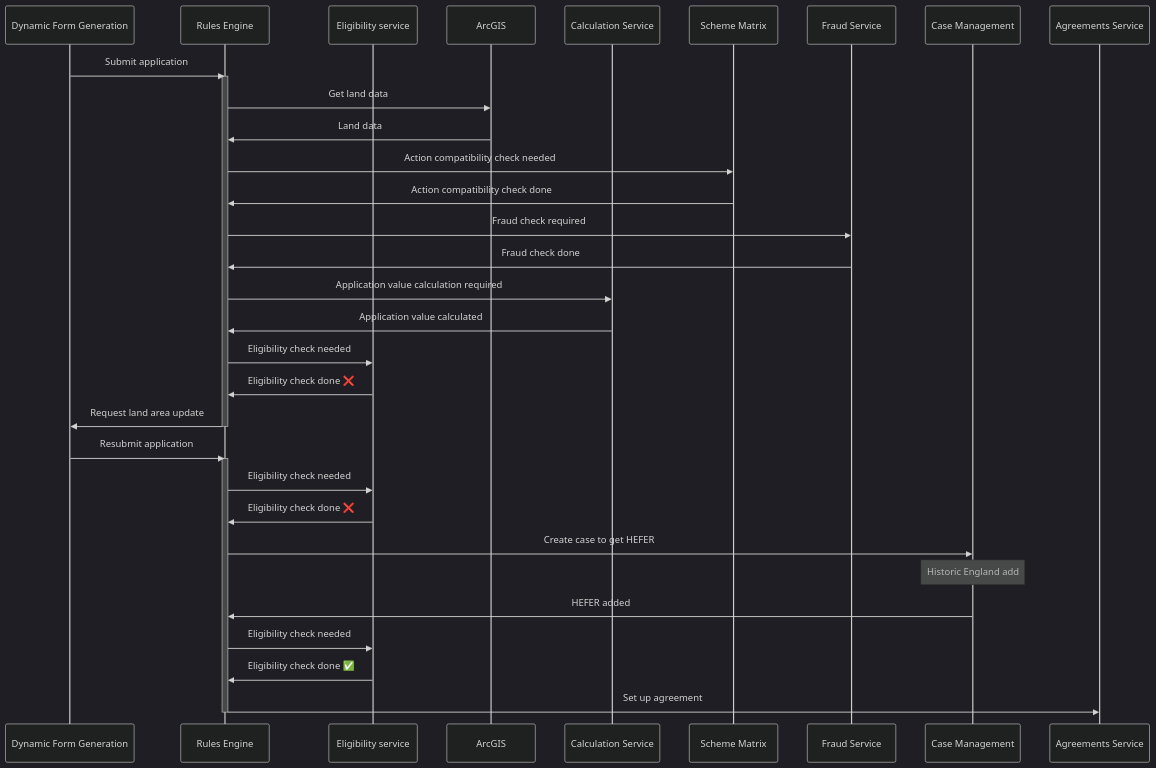
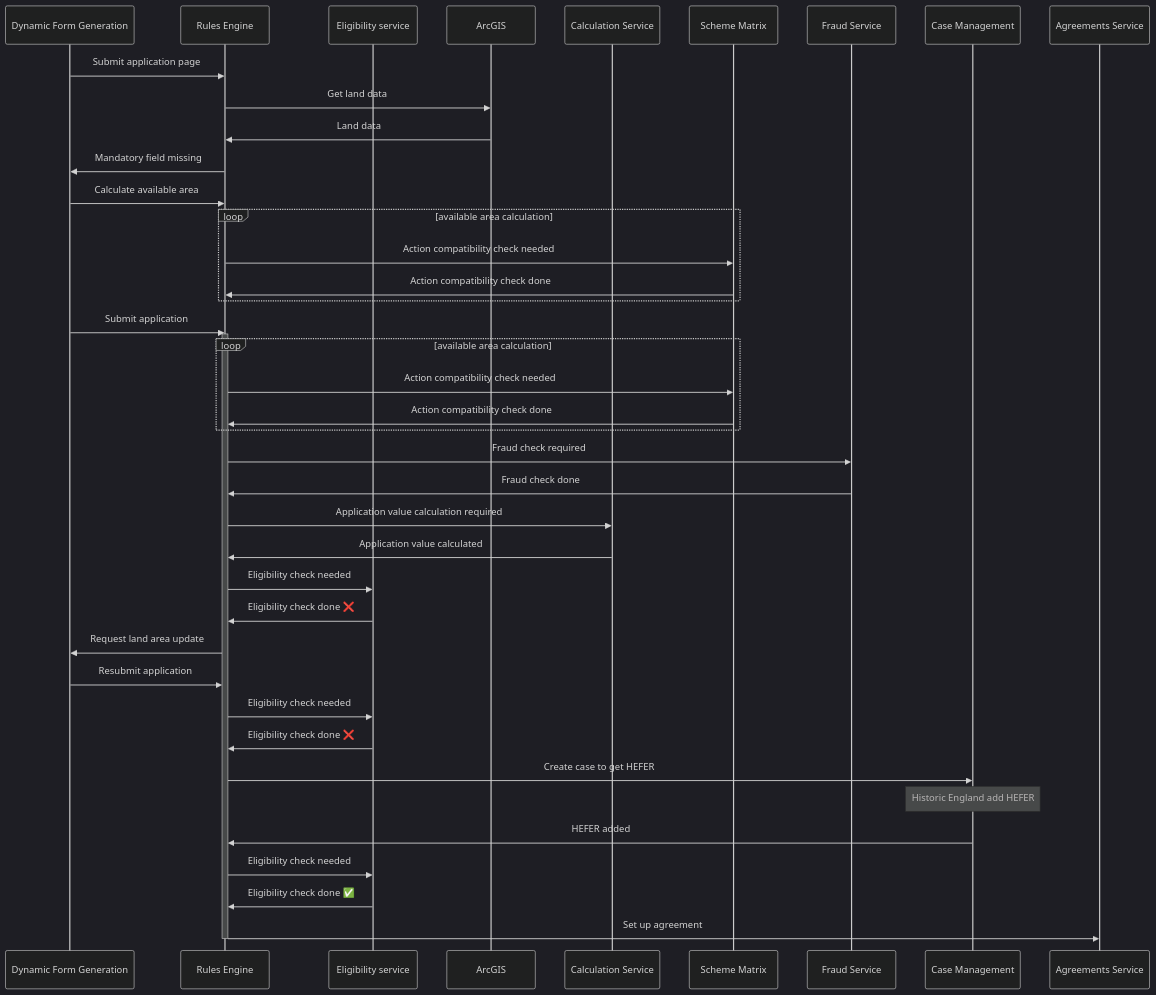
Before and after one commit to DEFRA/ffc-rps-experiment-api: the second of 2 diagrams in docs/sequence-diagrams/example-application-submission.md, drawn with Mermaid (dark theme). The commit also changed other lines of this file, not shown here.

Commit message:
added Application Service to sequence diagram

````diff
--- a/docs/sequence-diagrams/example-application-submission.md
+++ b/docs/sequence-diagrams/example-application-submission.md
@@ -40,43 +55,54 @@
 ```mermaid
 sequenceDiagram
     participant ui as Dynamic Form Generation
 
     participant re as Rules Engine    
     participant es as Eligibility service
     participant arc as ArcGIS
     participant cs as Calculation Service
     participant sm as Scheme Matrix
     participant fs as Fraud Service
     participant cm as Case Management
     participant as as Agreements Service
 
+    ui->>re: Submit application page
+    re->>arc: Get land data 
+    arc->>re: Land data
+    re->>ui: Mandatory field missing
+    ui->>re: Calculate available area
+
+    loop available area calculation
+    re->>sm: Action compatibility check needed
+    sm->>re: Action compatibility check done
+    end
+
     ui->>re: Submit application
     
     activate re
-    re->>arc: Get land data 
-    arc->>re: Land data
+
+    loop available area calculation
     re->>sm: Action compatibility check needed
     sm->>re: Action compatibility check done
+    end
     re->>fs: Fraud check required
     fs->>re: Fraud check done
     re->>cs: Application value calculation required
     cs->>re: Application value calculated
     re->>es: Eligibility check needed
     es->>re: Eligibility check done ❌
     re->>ui: Request land area update
-    deactivate re
 
     ui->>re: Resubmit application
-    activate re
+
     re->>es: Eligibility check needed
     es->>re: Eligibility check done ❌
     re->>cm: Create case to get HEFER
-    Note over cm: Historic England add 
+    Note over cm: Historic England add HEFER
     cm->>re: HEFER added
     re->>es: Eligibility check needed
     es->>re: Eligibility check done ✅
     re->>as: Set up agreement
     deactivate re
 
 
 ```
````
